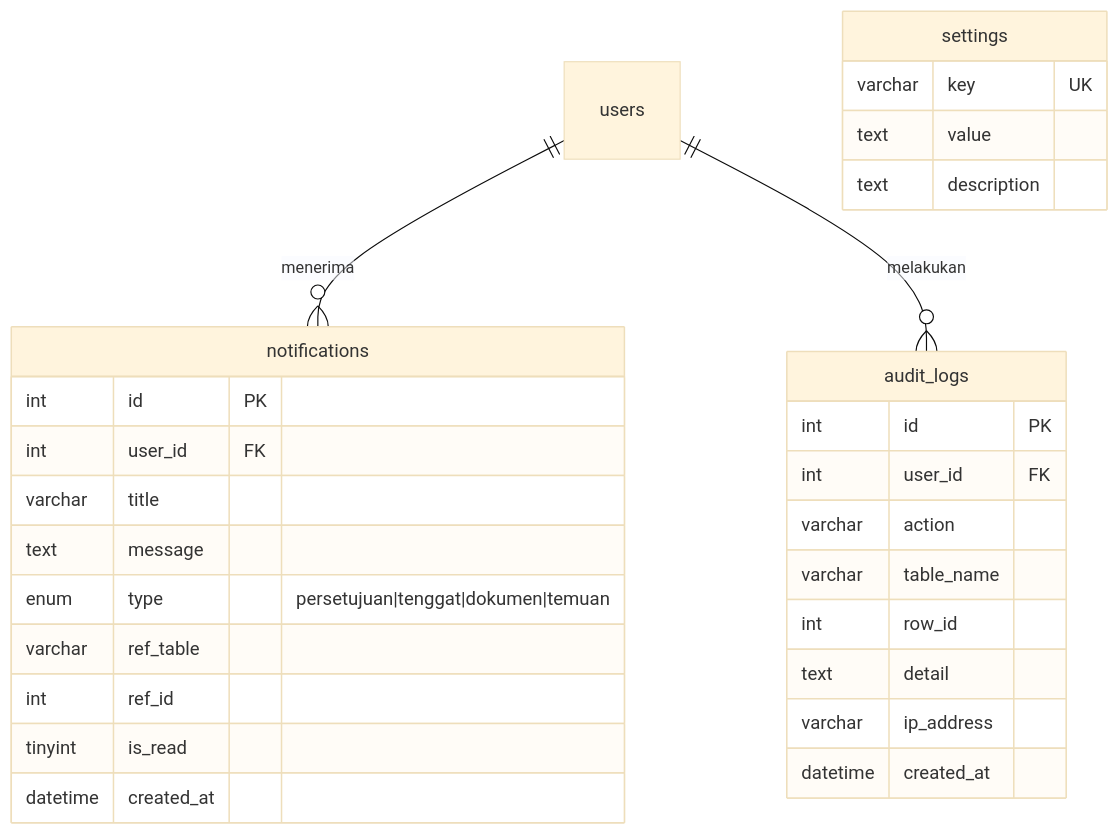
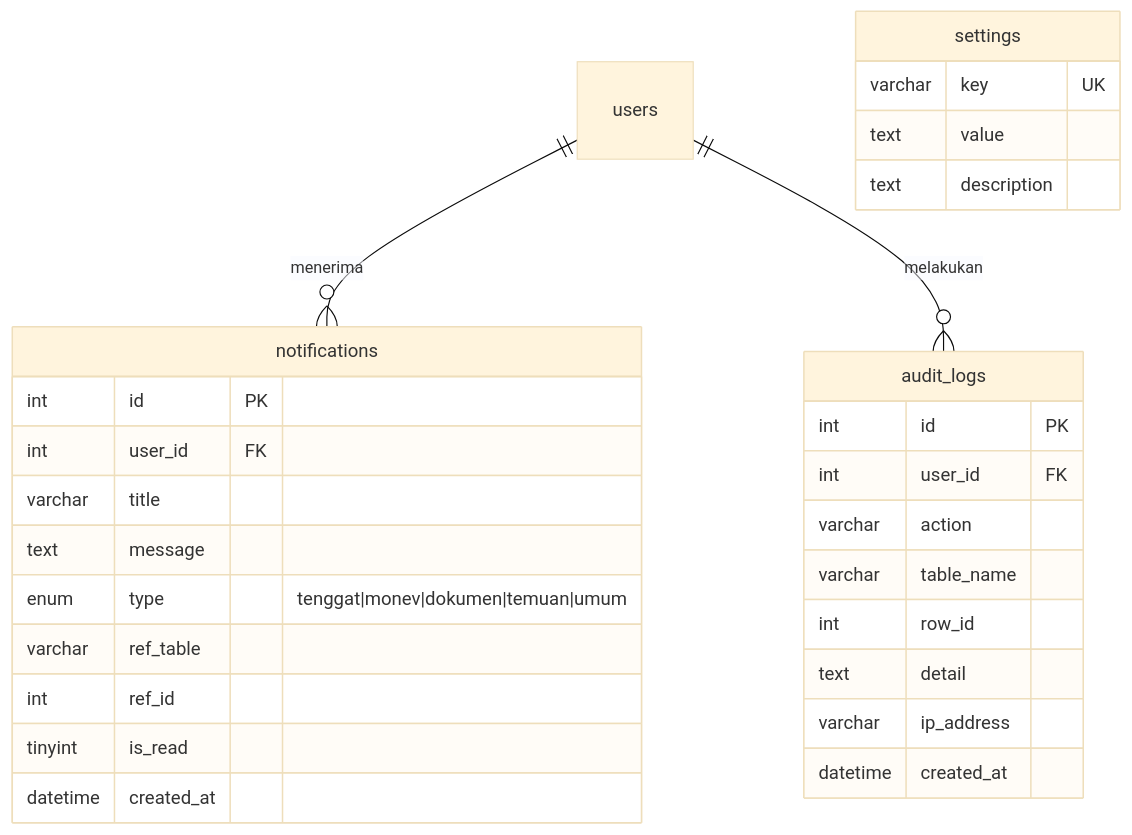
Before and after one commit to Gias-Wijaya/spmi-siklus-ppepp: the fifth of 5 diagrams in sistem/desain/02-erd.md, drawn with Mermaid (base theme). The commit also changed other lines of this file and 52 other files, not shown here.

````diff
--- a/sistem/desain/02-erd.md
+++ b/sistem/desain/02-erd.md
@@ -339,32 +325,32 @@
 ```mermaid
 erDiagram
     users ||--o{ notifications : "menerima"
     users ||--o{ audit_logs : "melakukan"
 
     notifications {
         int id PK
         int user_id FK
         varchar title
         text message
-        enum type "persetujuan|tenggat|dokumen|temuan"
+        enum type "tenggat|monev|dokumen|temuan|umum"
         varchar ref_table
         int ref_id
         tinyint is_read
         datetime created_at
     }
     audit_logs {
         int id PK
         int user_id FK
         varchar action
         varchar table_name
         int row_id
         text detail
         varchar ip_address
         datetime created_at
     }
     settings {
         varchar key UK
         text value
         text description
     }
 ```
````
